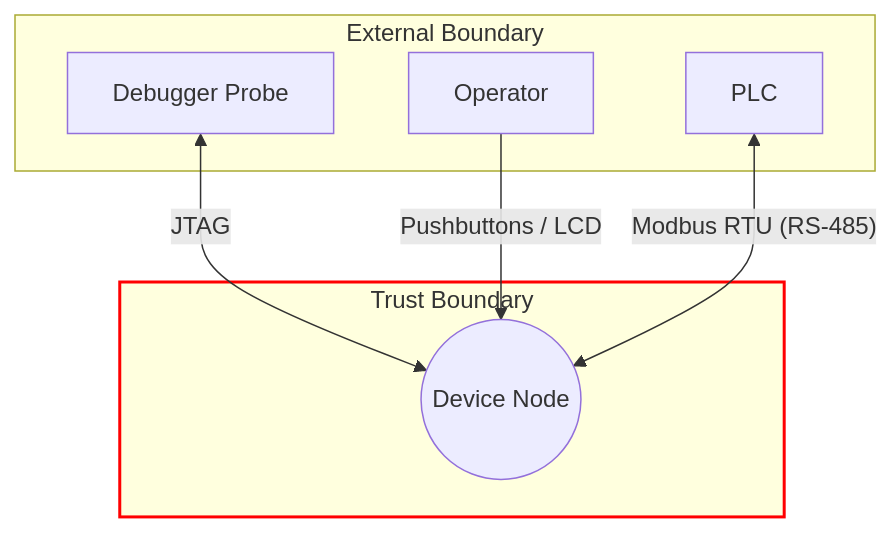
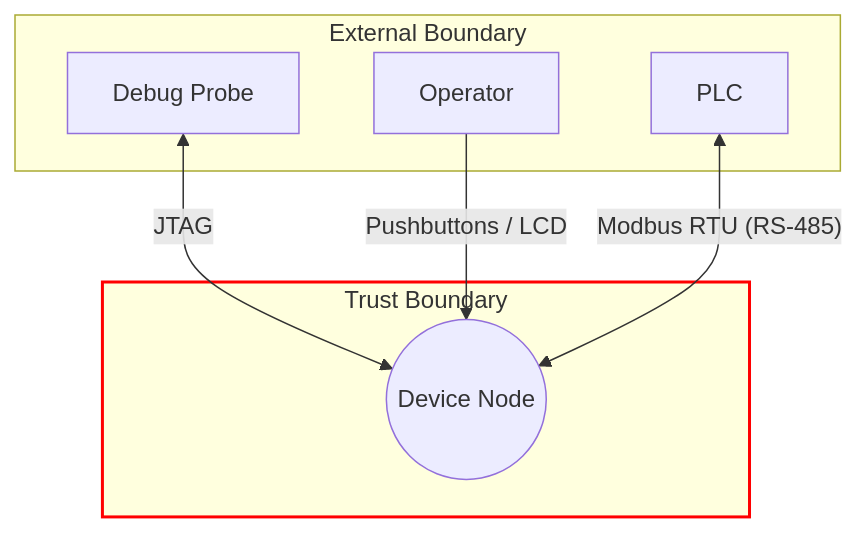
One commit to sentenz/skills changed the diagram in skills/threat-modeling-ics/SKILL.md. Above: the diagram before and after it, drawn with Mermaid. The commit also changed other lines of this file, not shown here.

````diff
--- a/skills/threat-modeling-ics/SKILL.md
+++ b/skills/threat-modeling-ics/SKILL.md
@@ -621,23 +621,23 @@
   ```mermaid
   flowchart TD
       classDef deviceBoundary stroke:#ff0000,stroke-width:2px;
 
       %% External Trust Boundary
       subgraph External_Boundary [External Boundary]
           PLC[PLC]
           USER[Operator]
-          DEBUGGER[Debugger Probe]
+          DEBUGGER[Debug Probe]
       end
 
       %% Device Boundary
       subgraph Device_Boundary [Trust Boundary]
           DEVICE((Device Node))
       end
 
       %% Data Flows
       DEBUGGER <--> |"JTAG"| DEVICE
       USER --> |"Pushbuttons / LCD"| DEVICE
       PLC <--> |"Modbus RTU (RS-485)"| DEVICE
 
       class Device_Boundary deviceBoundary;
   ```
````
